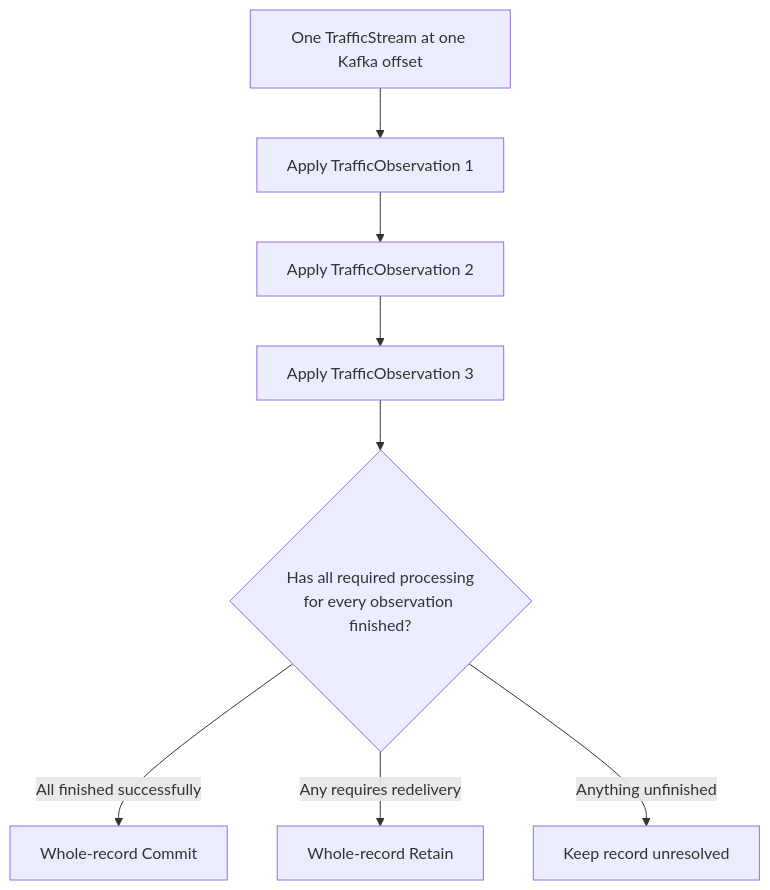
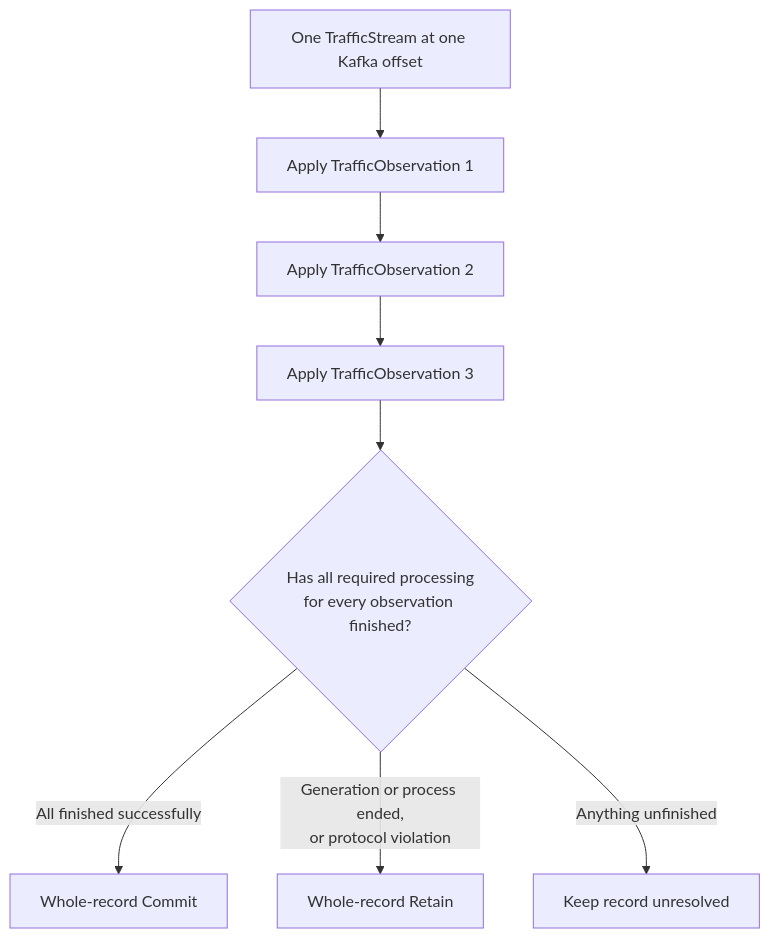
Before and after one commit to opensearch-project/opensearch-migrations: the fourth of 6 diagrams in docs/captureAndReplay/captureAndReplayArchitecture.md, drawn with Mermaid. The commit also changed other lines of this file and 9 other files, not shown here.

````diff
--- a/docs/captureAndReplay/captureAndReplayArchitecture.md
+++ b/docs/captureAndReplay/captureAndReplayArchitecture.md
@@ -940,19 +910,19 @@
 ```mermaid
 flowchart TD
     Record["One TrafficStream at one Kafka offset"]
     O1["Apply TrafficObservation 1"]
     O2["Apply TrafficObservation 2"]
     O3["Apply TrafficObservation 3"]
     Join{"Has all required processing<br/>for every observation finished?"}
     Commit["Whole-record Commit"]
     Retain["Whole-record Retain"]
     Wait["Keep record unresolved"]
 
     Record --> O1
     O1 --> O2
     O2 --> O3
     O3 --> Join
     Join -->|"All finished successfully"| Commit
-    Join -->|"Any requires redelivery"| Retain
+    Join -->|"Generation or process ended,<br/>or protocol violation"| Retain
     Join -->|"Anything unfinished"| Wait
 ```
````
